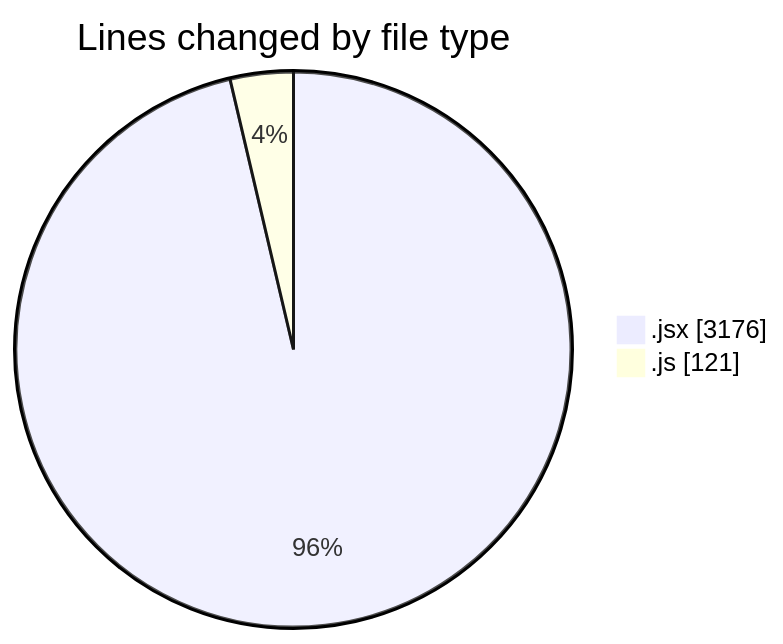
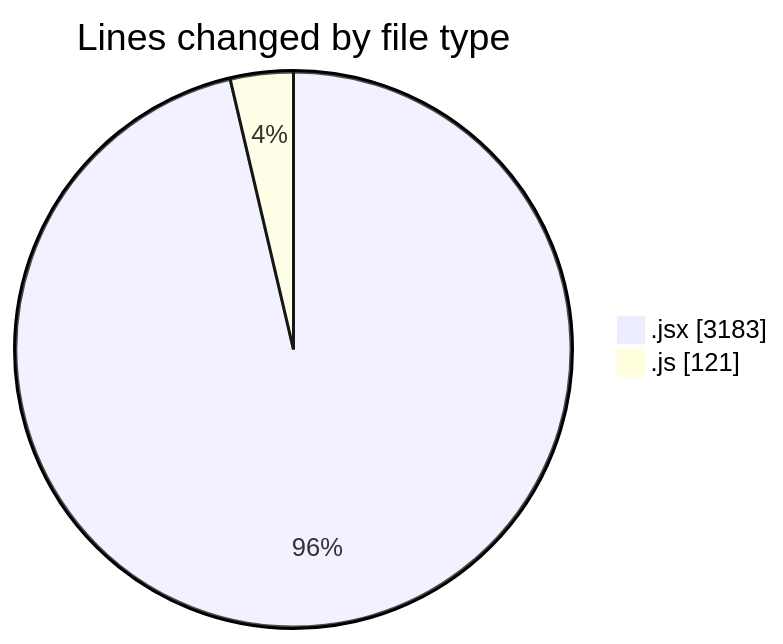
The first of 2 diagrams in 2025-08-01/nxtqube_webapp/README.md (nxtqubesakshisongat/code-tracking), drawn with Mermaid before and after one commit. The commit also changed other lines of this file and 1 other file, not shown here.

````diff
--- a/2025-08-01/nxtqube_webapp/README.md
+++ b/2025-08-01/nxtqube_webapp/README.md
@@ -30,6 +30,6 @@
 ```mermaid
 pie showData
 title Lines changed by file type
-".jsx" : 3176
+".jsx" : 3183
 ".js" : 121
 ```
````
